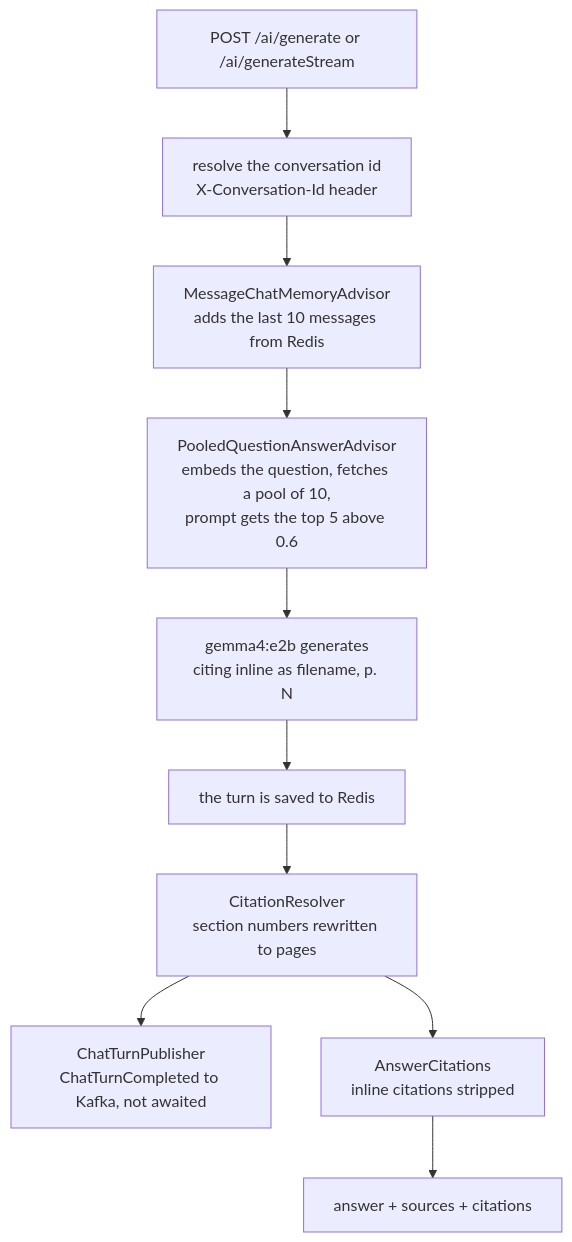
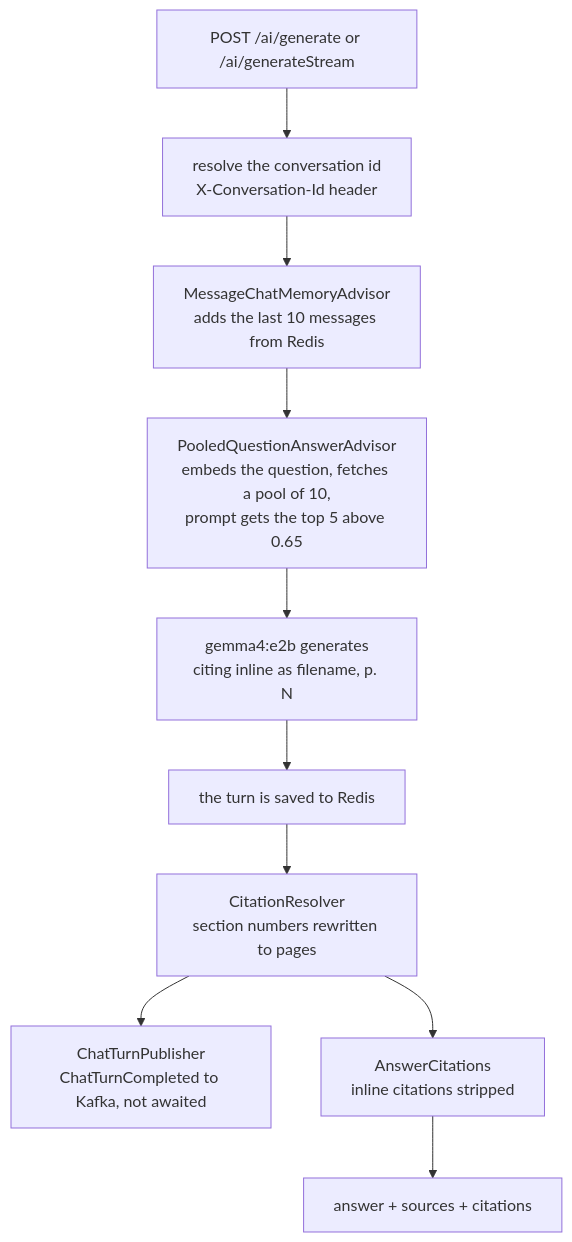
One commit to subhanmishra/spring-ai changed the diagram in ragr-app/README.md. Above: the diagram before and after it, drawn with Mermaid. The commit also changed other lines of this file and 15 other files, not shown here.

````diff
--- a/ragr-app/README.md
+++ b/ragr-app/README.md
@@ -12,12 +12,12 @@
 ```mermaid
 flowchart TD
     req[POST /ai/generate or /ai/generateStream] --> id[resolve the conversation id<br/>X-Conversation-Id header]
     id --> mem[MessageChatMemoryAdvisor<br/>adds the last 10 messages from Redis]
-    mem --> qa[PooledQuestionAnswerAdvisor<br/>embeds the question, fetches a pool of 10,<br/>prompt gets the top 5 above 0.6]
+    mem --> qa[PooledQuestionAnswerAdvisor<br/>embeds the question, fetches a pool of 10,<br/>prompt gets the top 5 above 0.65]
     qa --> gen[gemma4:e2b generates<br/>citing inline as filename, p. N]
     gen --> save[the turn is saved to Redis]
     save --> res[CitationResolver<br/>section numbers rewritten to pages]
     res --> pub[ChatTurnPublisher<br/>ChatTurnCompleted to Kafka, not awaited]
     res --> strip[AnswerCitations<br/>inline citations stripped]
     strip --> out[answer + sources + citations]
 ```
````
